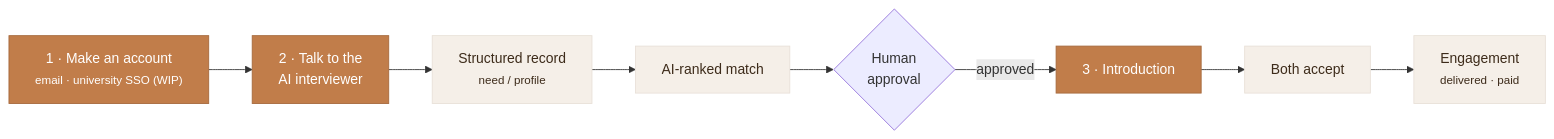
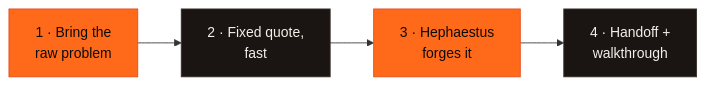
Before and after one commit to SaiKasani/Hephaestus-Public: the diagram in README.md, drawn with Mermaid. The commit also changed other lines of this file and 9 other files, not shown here.

````diff
--- a/README.md
+++ b/README.md
@@ -109,15 +71,10 @@
 ```mermaid
 flowchart LR
-    A["1 · Make an account<br/><small>email · university SSO (WIP)</small>"] --> B["2 · Talk to the<br/>AI interviewer"]
-    B --> C["Structured record<br/><small>need / profile</small>"]
-    C --> D["AI-ranked match"]
-    D --> E{"Human<br/>approval"}
-    E -->|approved| F["3 · Introduction"]
-    F --> G["Both accept"]
-    G --> H["Engagement<br/><small>delivered · paid</small>"]
-
-    classDef accent fill:#C17D4A,stroke:#A5683C,color:#fff;
-    classDef soft fill:#F5EFE8,stroke:#E8E0D8,color:#3D2B1A;
-    class A,B,F accent;
-    class C,D,G,H soft;
+    A["1 · Bring the<br/>raw problem"] --> B["2 · Fixed quote,<br/>fast"]
+    B --> C["3 · Hephaestus<br/>forges it"]
+    C --> D["4 · Handoff +<br/>walkthrough"]
+    classDef accent fill:#ff6a1a,stroke:#e64a19,color:#0c0a09;
+    classDef soft fill:#1a1512,stroke:#3a2f27,color:#f5efe8;
+    class A,C accent;
+    class B,D soft;
 ```
````
